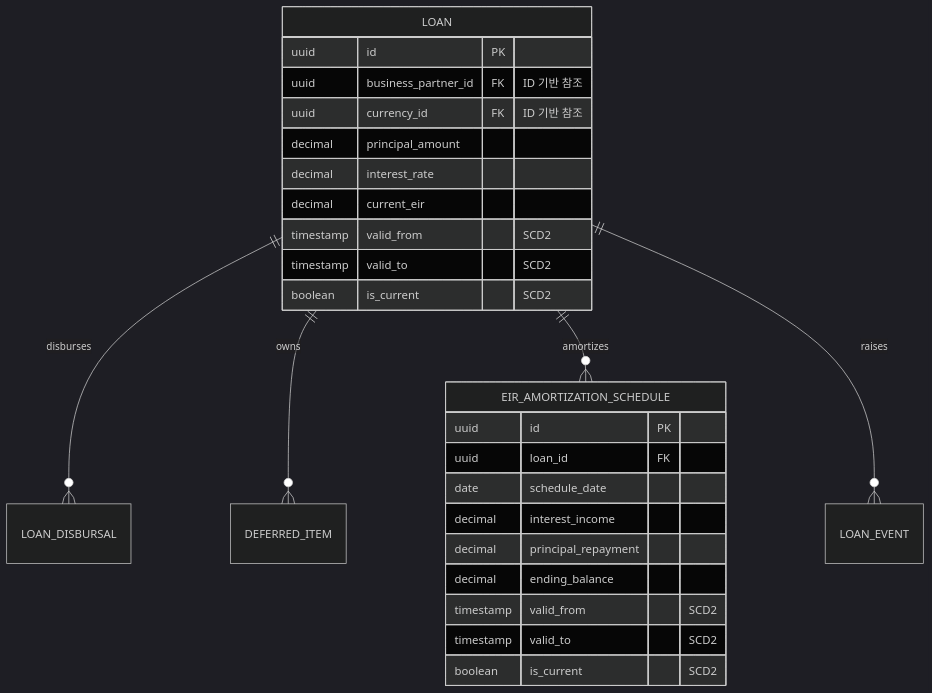
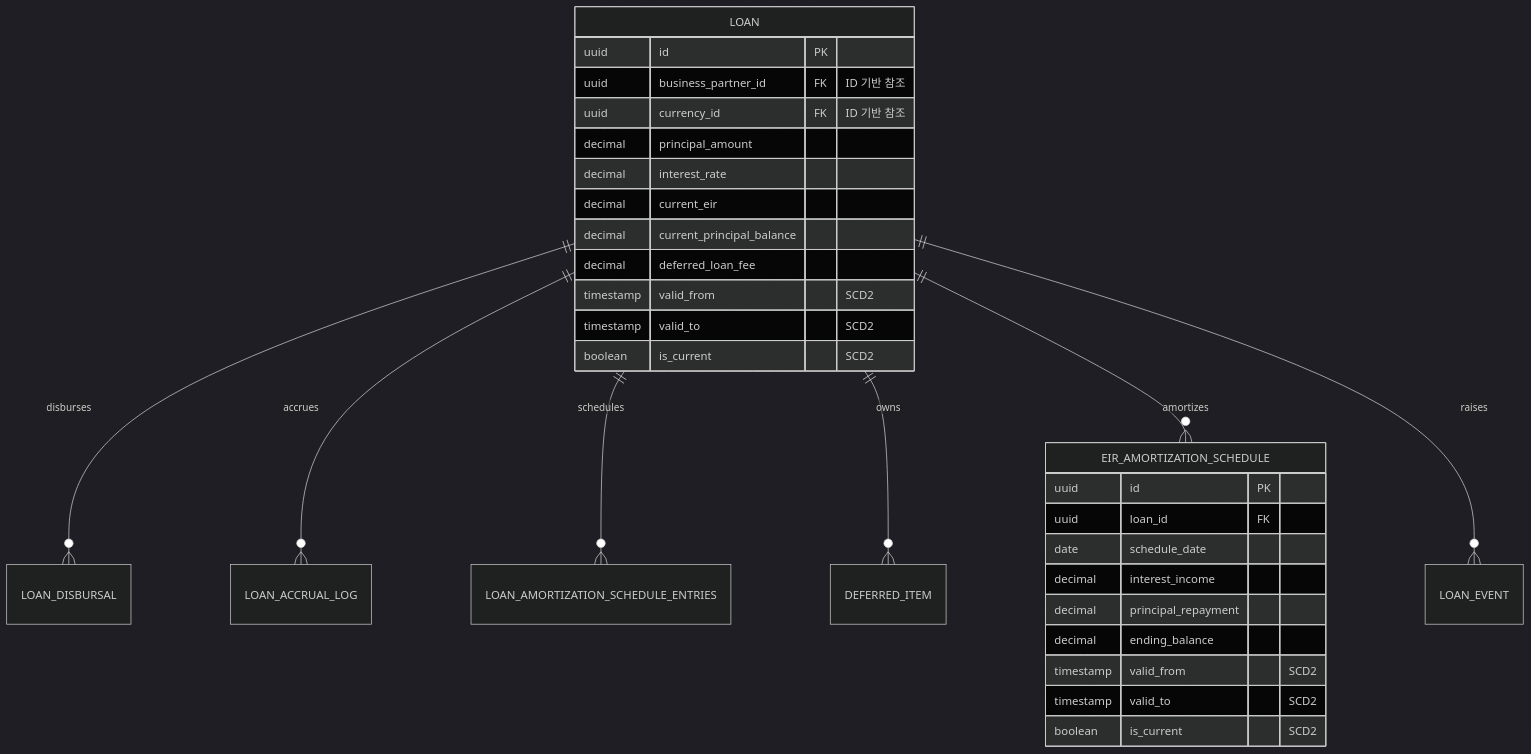
The diagram in loan/docs/schema.md (skyg547/account), drawn with Mermaid (dark theme) before and after one commit. The commit also changed other lines of this file and 33 other files, not shown here.

````diff
--- a/loan/docs/schema.md
+++ b/loan/docs/schema.md
@@ -5,31 +5,35 @@
 ```mermaid
 erDiagram
     LOAN ||--o{ LOAN_DISBURSAL : disburses
+    LOAN ||--o{ LOAN_ACCRUAL_LOG : accrues
+    LOAN ||--o{ LOAN_AMORTIZATION_SCHEDULE_ENTRIES : schedules
     LOAN ||--o{ DEFERRED_ITEM : owns
     LOAN ||--o{ EIR_AMORTIZATION_SCHEDULE : amortizes
     LOAN ||--o{ LOAN_EVENT : raises
     
     LOAN {
         uuid id PK
         uuid business_partner_id FK "ID 기반 참조"
         uuid currency_id FK "ID 기반 참조"
         decimal principal_amount
         decimal interest_rate
         decimal current_eir
+        decimal current_principal_balance
+        decimal deferred_loan_fee
         timestamp valid_from "SCD2"
         timestamp valid_to "SCD2"
         boolean is_current "SCD2"
     }
 
     EIR_AMORTIZATION_SCHEDULE {
         uuid id PK
         uuid loan_id FK
         date schedule_date
         decimal interest_income
         decimal principal_repayment
         decimal ending_balance
         timestamp valid_from "SCD2"
         timestamp valid_to "SCD2"
         boolean is_current "SCD2"
     }
 ```
````
